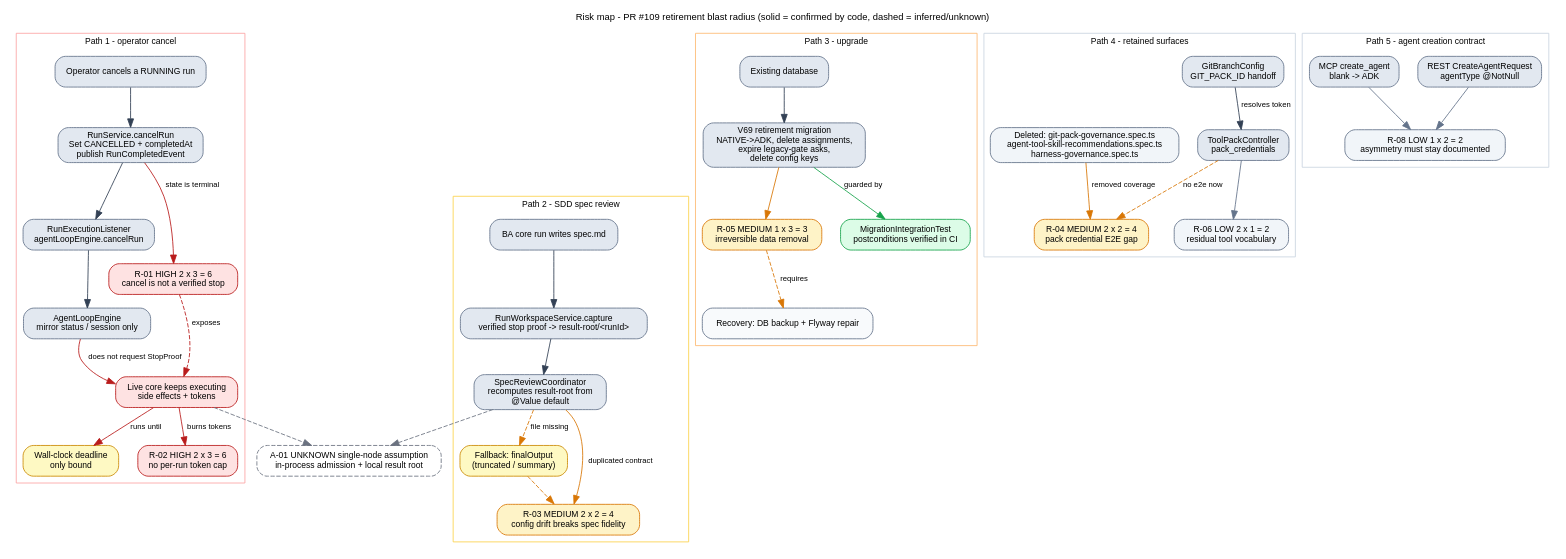
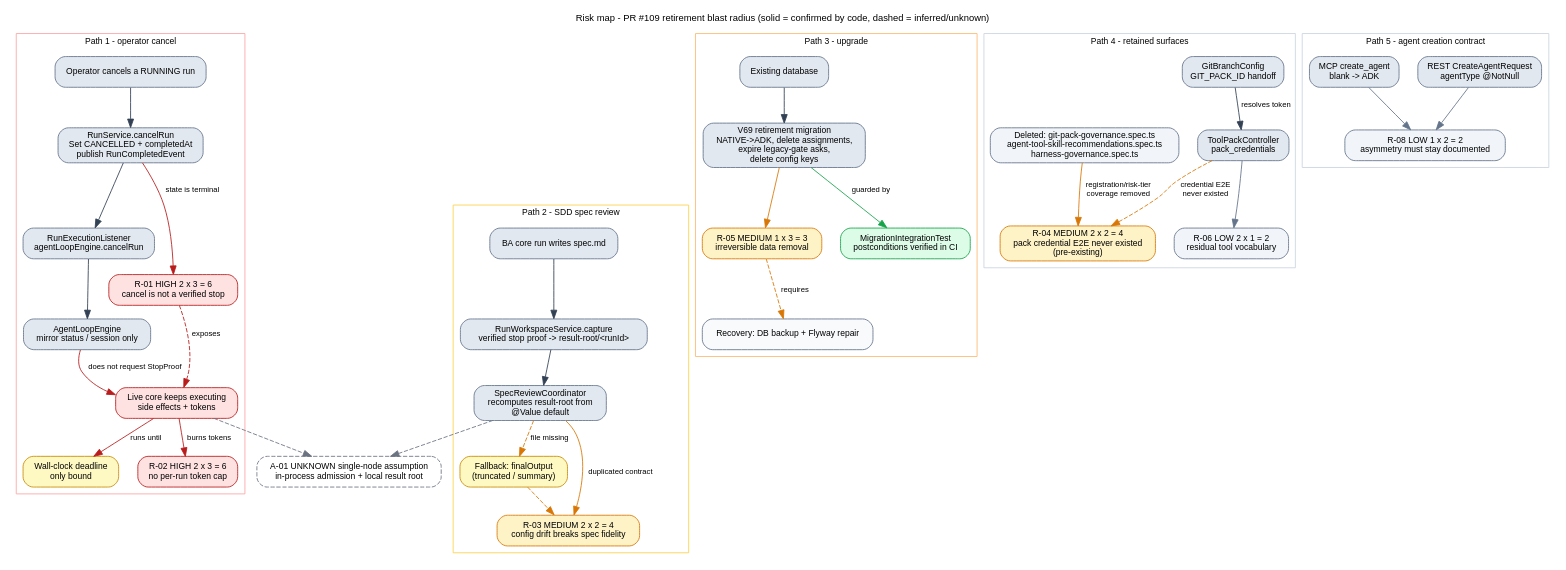
The diagram in docs/reviews/2026-10-21-pr109-legacy-execution-retirement/risk-map.dot (HappyLiang12/aria-conductor), drawn with Graphviz before and after one commit. The commit also changed 9 other files, not shown here.

```diff
--- a/docs/reviews/2026-10-21-pr109-legacy-execution-retirement/risk-map.dot
+++ b/docs/reviews/2026-10-21-pr109-legacy-execution-retirement/risk-map.dot
@@ -1,93 +1,93 @@
 digraph RiskMap {
   rankdir=TB;
   graph [fontname="Helvetica", fontsize=11, nodesep=0.3, ranksep=0.45, labelloc="t",
          label="Risk map - PR #109 retirement blast radius (solid = confirmed by code, dashed = inferred/unknown)"];
   node [shape=box, style="rounded,filled", fontname="Helvetica", fontsize=10, fillcolor="#f8fafc", color="#64748b"];
   edge [fontname="Helvetica", fontsize=9];
 
   subgraph cluster_cancel {
     label="Path 1 - operator cancel";
     fontsize=10;
     color="#fca5a5";
     op [label="Operator cancels a RUNNING run", fillcolor="#e2e8f0"];
     rs [label="RunService.cancelRun\nSet CANCELLED + completedAt\npublish RunCompletedEvent", fillcolor="#e2e8f0"];
     rel [label="RunExecutionListener\nagentLoopEngine.cancelRun", fillcolor="#e2e8f0"];
     eng [label="AgentLoopEngine\nmirror status / session only", fillcolor="#e2e8f0"];
     core_live [label="Live core keeps executing\nside effects + tokens", fillcolor="#fee2e2", color="#b91c1c"];
     deadline [label="Wall-clock deadline\nonly bound", fillcolor="#fef9c3", color="#ca8a04"];
     r01 [label="R-01 HIGH 2 x 3 = 6\ncancel is not a verified stop", fillcolor="#fee2e2", color="#b91c1c"];
     r02 [label="R-02 HIGH 2 x 3 = 6\nno per-run token cap", fillcolor="#fee2e2", color="#b91c1c"];
 
     op -> rs -> rel -> eng [color="#334155"];
     rs -> r01 [label="state is terminal", color="#b91c1c"];
     core_live -> deadline [label="runs until", color="#b91c1c"];
     core_live -> r02 [label="burns tokens", color="#b91c1c"];
     eng -> core_live [label="does not request StopProof", color="#b91c1c"];
     r01 -> core_live [style=dashed, label="exposes", color="#b91c1c"];
   }
 
   subgraph cluster_sdd {
     label="Path 2 - SDD spec review";
     fontsize=10;
     color="#fcd34d";
     ba [label="BA core run writes spec.md", fillcolor="#e2e8f0"];
     capture [label="RunWorkspaceService.capture\nverified stop proof -> result-root/<runId>", fillcolor="#e2e8f0"];
     coord [label="SpecReviewCoordinator\nrecomputes result-root from\n@Value default", fillcolor="#e2e8f0"];
     fallback [label="Fallback: finalOutput\n(truncated / summary)", fillcolor="#fef9c3", color="#ca8a04"];
     r03 [label="R-03 MEDIUM 2 x 2 = 4\nconfig drift breaks spec fidelity", fillcolor="#fef3c7", color="#d97706"];
 
     ba -> capture -> coord [color="#334155"];
     coord -> fallback [label="file missing", style=dashed, color="#d97706"];
     coord -> r03 [label="duplicated contract", color="#d97706"];
     fallback -> r03 [style=dashed, color="#d97706"];
   }
 
   subgraph cluster_upgrade {
     label="Path 3 - upgrade";
     fontsize=10;
     color="#fdba74";
     db [label="Existing database", fillcolor="#e2e8f0"];
     v69 [label="V69 retirement migration\nNATIVE->ADK, delete assignments,\nexpire legacy-gate asks,\ndelete config keys", fillcolor="#e2e8f0"];
     backup [label="Recovery: DB backup + Flyway repair", fillcolor="#f8fafc"];
     r05 [label="R-05 MEDIUM 1 x 3 = 3\nirreversible data removal", fillcolor="#fef3c7", color="#d97706"];
     migtest [label="MigrationIntegrationTest\npostconditions verified in CI", fillcolor="#dcfce7", color="#16a34a"];
 
     db -> v69 [color="#334155"];
     v69 -> r05 [color="#d97706"];
     r05 -> backup [style=dashed, label="requires", color="#d97706"];
     v69 -> migtest [label="guarded by", color="#16a34a"];
   }
 
   subgraph cluster_retained {
     label="Path 4 - retained surfaces";
     fontsize=10;
     color="#cbd5e1";
     packs [label="ToolPackController\npack_credentials", fillcolor="#e2e8f0"];
     git [label="GitBranchConfig\nGIT_PACK_ID handoff", fillcolor="#e2e8f0"];
     deleted_e2e [label="Deleted: git-pack-governance.spec.ts\nagent-tool-skill-recommendations.spec.ts\nharness-governance.spec.ts", fillcolor="#f1f5f9"];
-    r04 [label="R-04 MEDIUM 2 x 2 = 4\npack credential E2E gap", fillcolor="#fef3c7", color="#d97706"];
+    r04 [label="R-04 MEDIUM 2 x 2 = 4\npack credential E2E never existed\n(pre-existing)", fillcolor="#fef3c7", color="#d97706"];
     r06 [label="R-06 LOW 2 x 1 = 2\nresidual tool vocabulary", fillcolor="#f1f5f9"];
 
     git -> packs [label="resolves token", color="#334155"];
     packs -> r06 [color="#64748b"];
-    deleted_e2e -> r04 [label="removed coverage", color="#d97706"];
-    packs -> r04 [style=dashed, label="no e2e now", color="#d97706"];
+    deleted_e2e -> r04 [label="registration/risk-tier\ncoverage removed", color="#d97706"];
+    packs -> r04 [style=dashed, label="credential E2E\nnever existed", color="#d97706"];
   }
 
   subgraph cluster_contract {
     label="Path 5 - agent creation contract";
     fontsize=10;
     color="#cbd5e1";
     rest [label="REST CreateAgentRequest\nagentType @NotNull", fillcolor="#e2e8f0"];
     mcp [label="MCP create_agent\nblank -> ADK", fillcolor="#e2e8f0"];
     r08 [label="R-08 LOW 1 x 2 = 2\nasymmetry must stay documented", fillcolor="#f1f5f9"];
 
     rest -> r08 [color="#64748b"];
     mcp -> r08 [color="#64748b"];
   }
 
   assumption [shape=box, style="rounded,dashed,filled", fillcolor="#ffffff", color="#6b7280",
               label="A-01 UNKNOWN single-node assumption\nin-process admission + local result root"];
   coord -> assumption [style=dashed, color="#6b7280"];
   core_live -> assumption [style=dashed, color="#6b7280"];
 }
```
